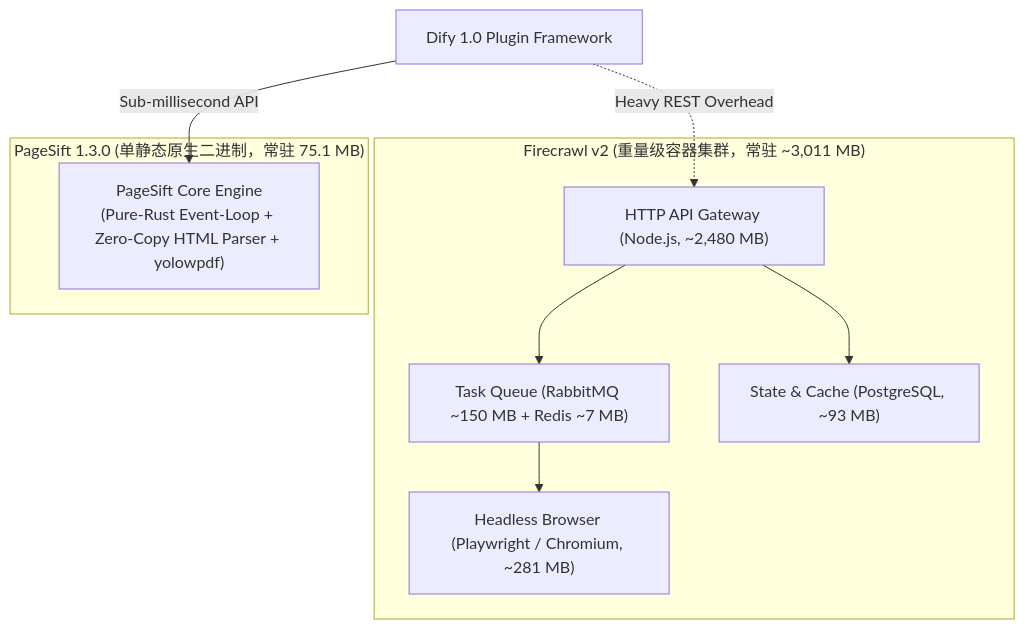
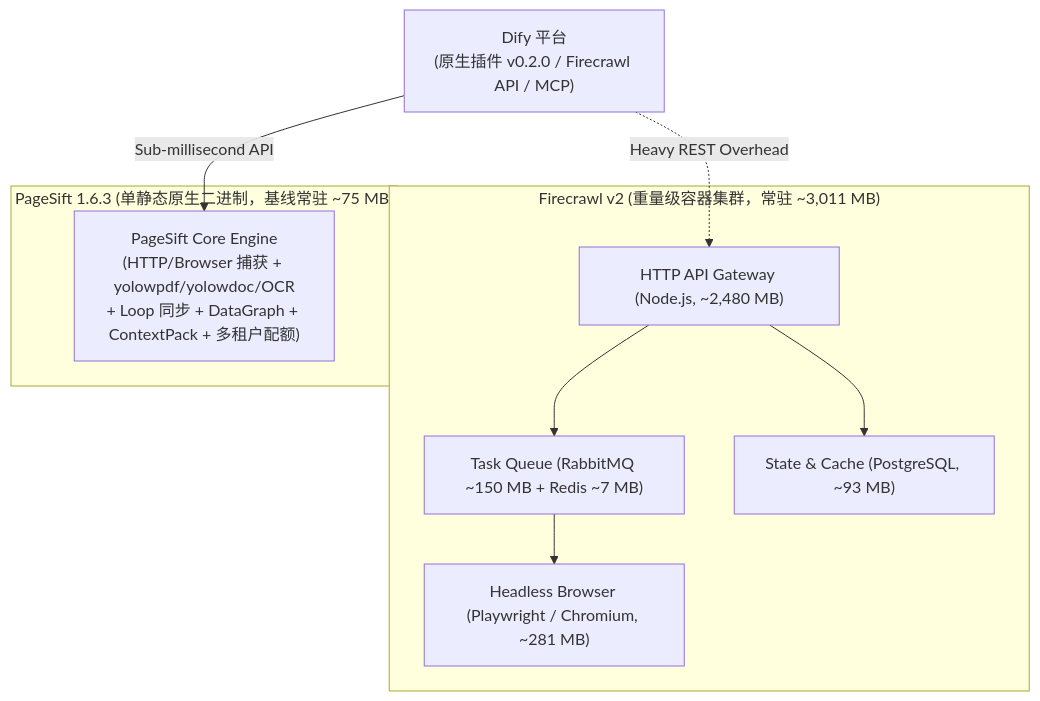
One commit to YOLOW92/dify-plugin-pagesift changed the first of 2 diagrams in README.zh_Hans.md. Above: the diagram before and after it, drawn with Mermaid. The commit also changed other lines of this file and 40 other files, not shown here.

Commit message:
release: 0.2.0 — full PageSift 1.6.3 adaptation

````diff
--- a/README.zh_Hans.md
+++ b/README.zh_Hans.md
@@ -36,18 +47,18 @@
 ```mermaid
 flowchart TD
     subgraph FirecrawlArchitecture ["Firecrawl v2 (重量级容器集群，常驻 ~3,011 MB)"]
         FC_INGRESS["HTTP API Gateway (Node.js, ~2,480 MB)"]
         FC_QUEUE["Task Queue (RabbitMQ ~150 MB + Redis ~7 MB)"]
         FC_DB["State & Cache (PostgreSQL, ~93 MB)"]
         FC_BROWSER["Headless Browser (Playwright / Chromium, ~281 MB)"]
         FC_INGRESS --> FC_QUEUE --> FC_BROWSER
         FC_INGRESS --> FC_DB
     end
 
-    subgraph PageSiftArchitecture ["PageSift 1.3.0 (单静态原生二进制，常驻 75.1 MB)"]
-        PS_CORE["PageSift Core Engine\n(Pure-Rust Event-Loop + Zero-Copy HTML Parser + yolowpdf)"]
+    subgraph PageSiftArchitecture ["PageSift 1.6.3 (单静态原生二进制，基线常驻 ~75 MB)"]
+        PS_CORE["PageSift Core Engine\n(HTTP/Browser 捕获 + yolowpdf/yolowdoc/OCR\n+ Loop 同步 + DataGraph + ContextPack + 多租户配额)"]
     end
 
-    DIFY["Dify 1.0 Plugin Framework"] -->|Sub-millisecond API| PS_CORE
+    DIFY["Dify 平台\n(原生插件 v0.2.0 / Firecrawl API / MCP)"] -->|Sub-millisecond API| PS_CORE
     DIFY -.->|Heavy REST Overhead| FC_INGRESS
 ```
````
